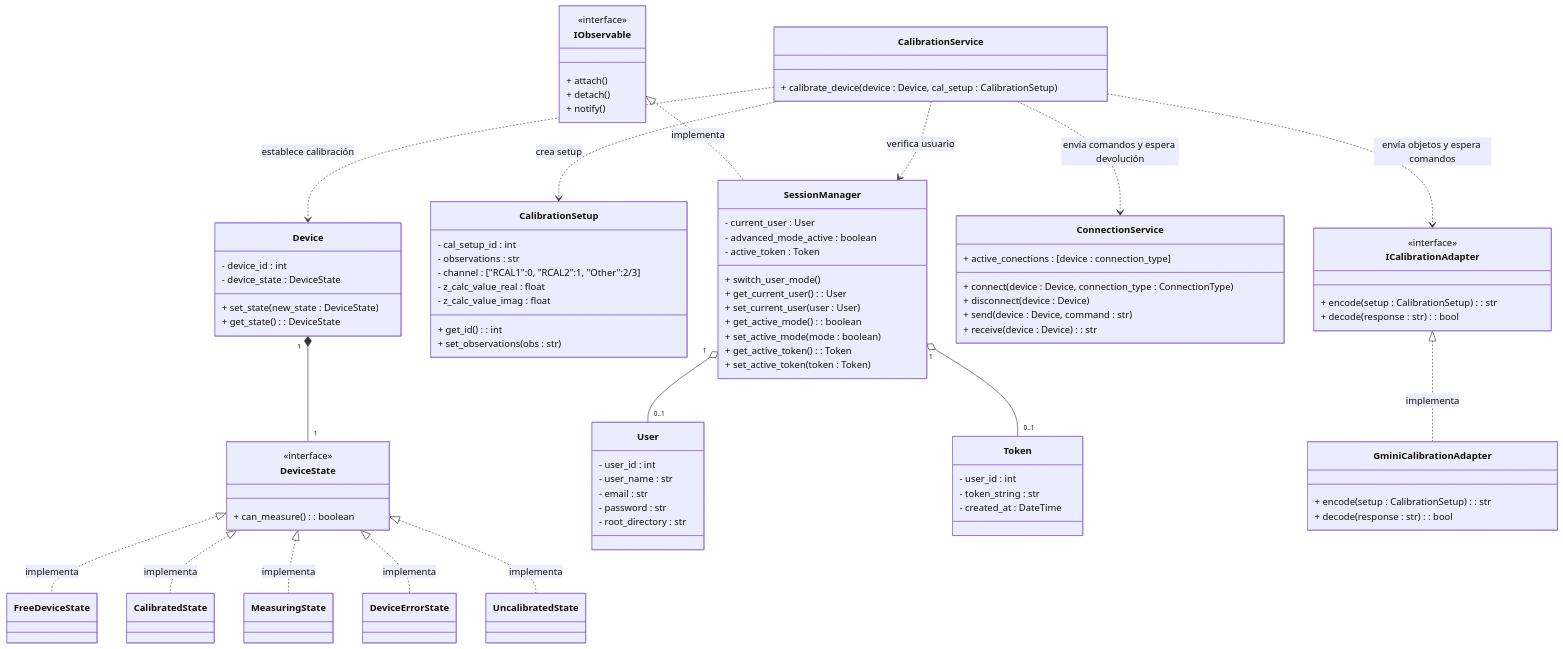
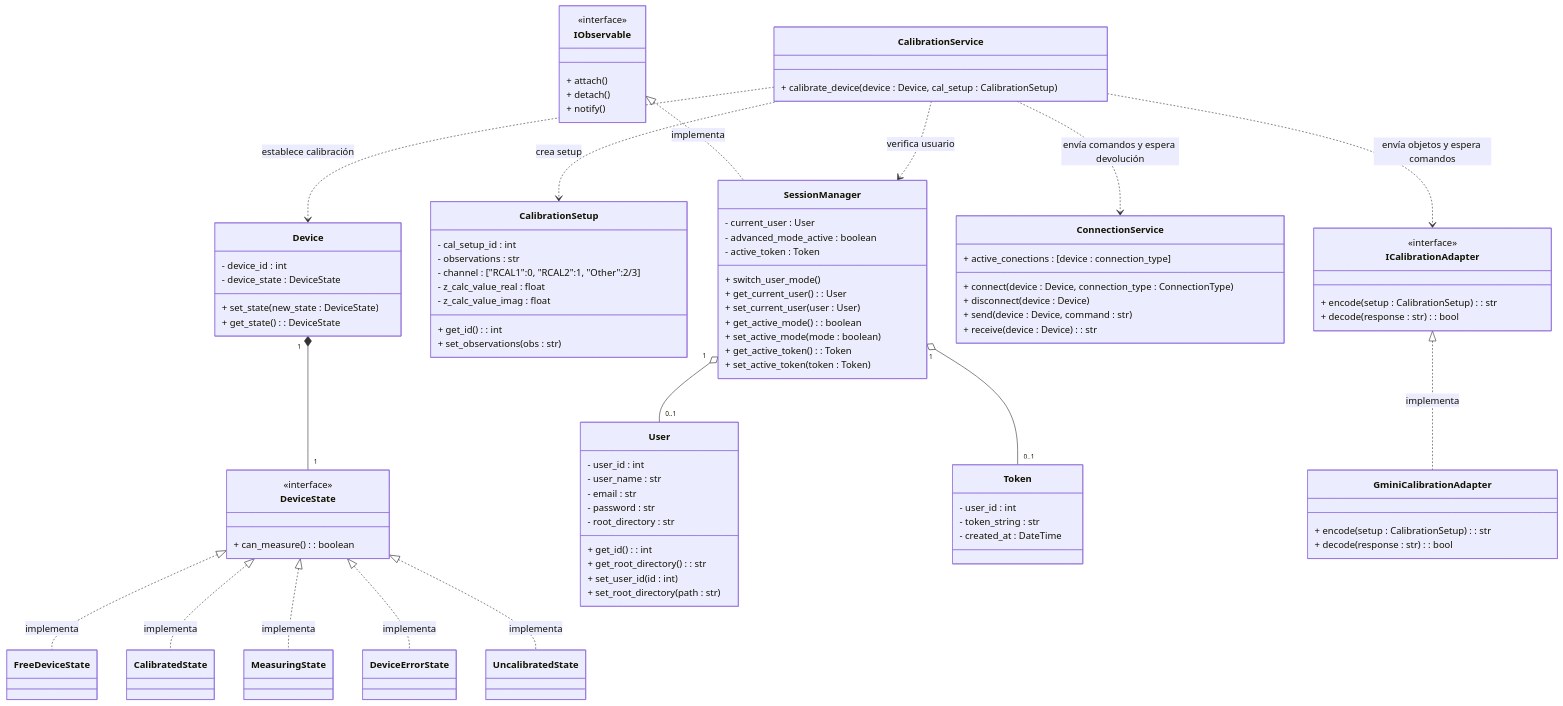
One commit to alegrelias/Repo-GMini changed diagram 12 of 15 in Gmini-MarkDown/Diagramas/Diagramas de Clases.md. Above: the diagram before and after it, drawn with Mermaid. The commit also changed other lines of this file, not shown here.

```diff
--- a/Gmini-MarkDown/Diagramas/Diagramas de Clases.md
+++ b/Gmini-MarkDown/Diagramas/Diagramas de Clases.md
@@ -923,7 +935,13 @@
 	- email : str
 	- password : str
 	- root_directory : str
+	%% getters
+	+ get_id() : int
+	+ get_root_directory() : str
 	
+	%% setters
+	+ set_user_id(id : int)
+	+ set_root_directory(path : str)
 }
 
 class CalibrationSetup{
```
